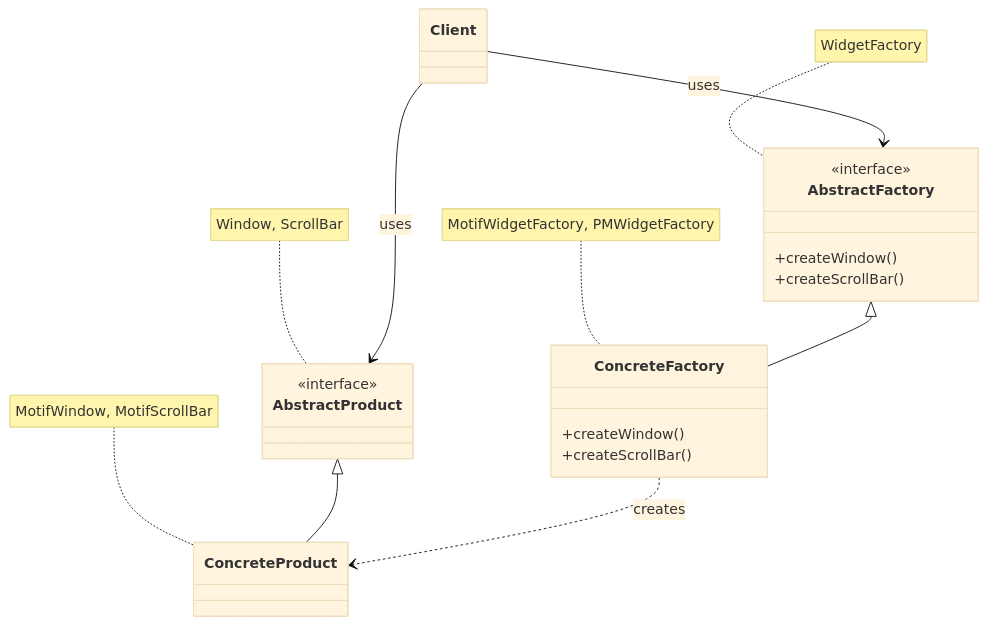
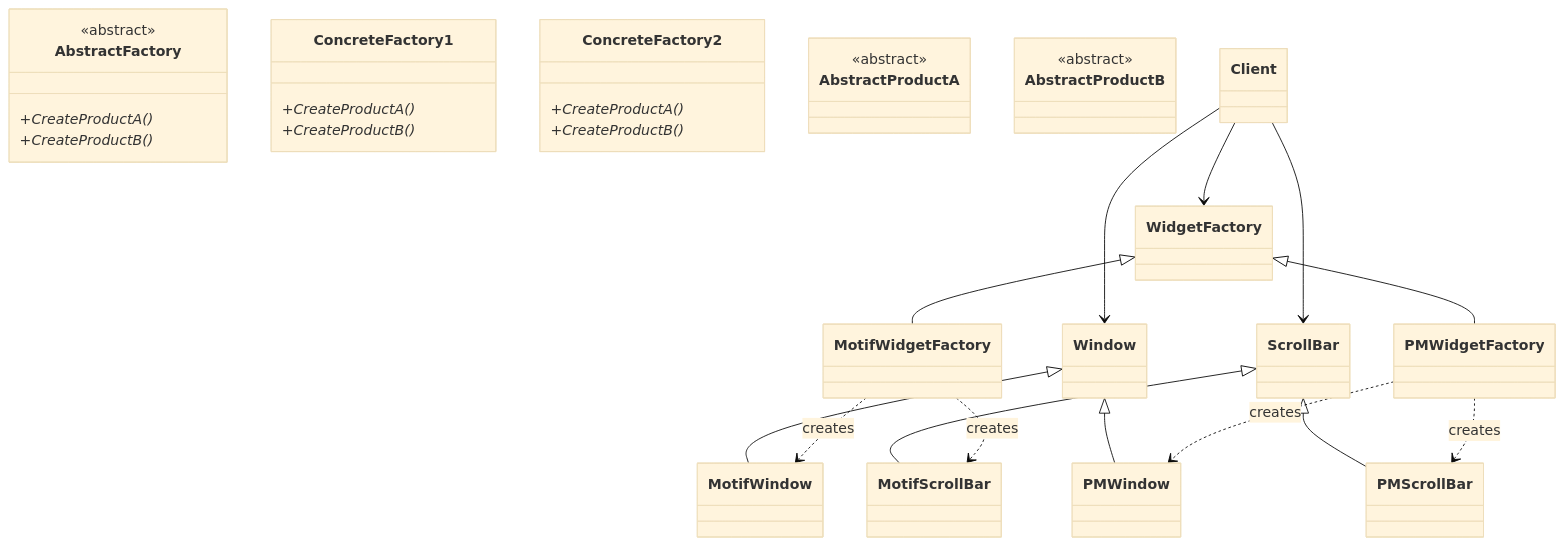
One commit to j-ochmann/DevBook changed the second of 2 diagrams in src/content/design_patterns/creational/abstract_factory.md. Above: the diagram before and after it, drawn with Mermaid (base theme).

````diff
--- a/src/content/design_patterns/creational/abstract_factory.md
+++ b/src/content/design_patterns/creational/abstract_factory.md
@@ -101,37 +101,65 @@
 ```mermaid
 classDiagram
     direction TD
 
+    class AbstractFactory {
+        <<abstract>>
+        +CreateProductA()*
+        +CreateProductB()*
+    }
+
+    %% Concrete Factories
+    class ConcreteFactory1 {
+        +CreateProductA()*
+        +CreateProductB()*
+    }
+
+    %% Concrete Factories
+    class ConcreteFactory2 {
+        +CreateProductA()*
+        +CreateProductB()*
+    }
+
+    %% Abstract Products
+    class AbstractProductA {
+        <<abstract>>
+    }
+
+    class AbstractProductB {
+        <<abstract>>
+    }
+
+    %% Concrete Products - Motif
+    class MotifWindow {
+    }
+    class MotifScrollBar {
+    }
+
+    %% Concrete Products - PM
+    class PMWindow {
+    }
+    class PMScrollBar {
+    }
+
+    %% Relationships
+    WidgetFactory <|-- MotifWidgetFactory
+    WidgetFactory <|-- PMWidgetFactory
+
+    Window <|-- MotifWindow
+    Window <|-- PMWindow
+
+    ScrollBar <|-- MotifScrollBar
+    ScrollBar <|-- PMScrollBar
+
+    MotifWidgetFactory ..> MotifWindow : creates
+    MotifWidgetFactory ..> MotifScrollBar : creates
+    PMWidgetFactory ..> PMWindow : creates
+    PMWidgetFactory ..> PMScrollBar : creates
+
+    %% Client
     class Client {
     }
-
-    class AbstractFactory {
-        <<interface>>
-        +createWindow()
-        +createScrollBar()
-    }
-    note for AbstractFactory "WidgetFactory"
-
-    class ConcreteFactory {
-        +createWindow()
-        +createScrollBar()
-    }
-    note for ConcreteFactory "MotifWidgetFactory, PMWidgetFactory"
-
-    class AbstractProduct {
-        <<interface>>
-    }
-    note for AbstractProduct "Window, ScrollBar"
-
-    class ConcreteProduct {
-    }
-    note for ConcreteProduct "MotifWindow, MotifScrollBar"
-
-    %% Vztahy
-    AbstractFactory <|-- ConcreteFactory
-    AbstractProduct <|-- ConcreteProduct
-    
-    Client --> AbstractFactory : uses
-    Client --> AbstractProduct : uses
-    ConcreteFactory ..> ConcreteProduct : creates
+    Client --> WidgetFactory
+    Client --> Window
+    Client --> ScrollBar
 ```
````
